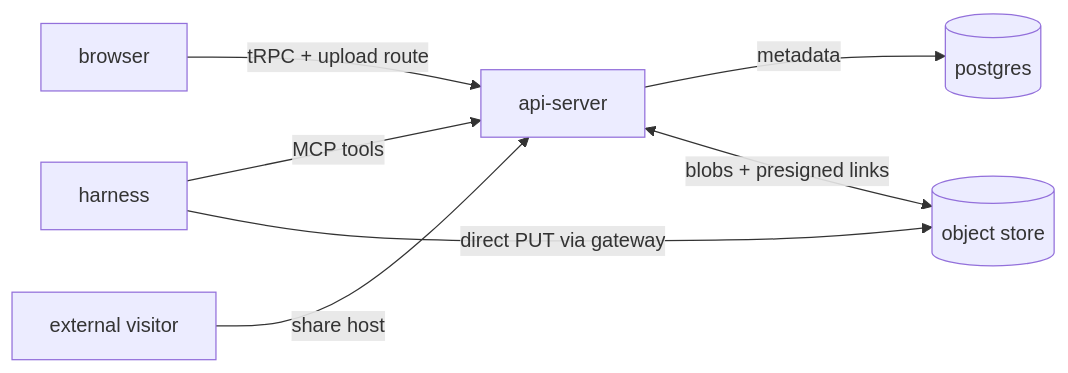
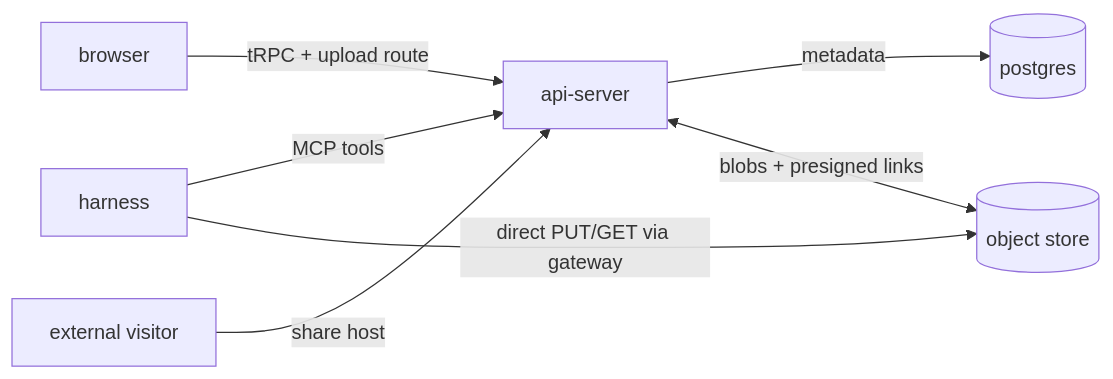
One commit to dam-agents/dam changed the diagram in docs/architecture/artifact-library.md. Above: the diagram before and after it, drawn with Mermaid. The commit also changed other lines of this file and 11 other files, not shown here.

````diff
--- a/docs/architecture/artifact-library.md
+++ b/docs/architecture/artifact-library.md
@@ -97,9 +97,9 @@
 ```mermaid
 flowchart LR
   harness[harness] -->|MCP tools| api-server
   browser[browser] -->|tRPC + upload route| api-server
   api-server -->|metadata| postgres[(postgres)]
   api-server <-->|blobs + presigned links| store[(object store)]
-  harness -->|direct PUT via gateway| store
+  harness -->|direct PUT/GET via gateway| store
   visitor[external visitor] -->|share host| api-server
 ```
````
